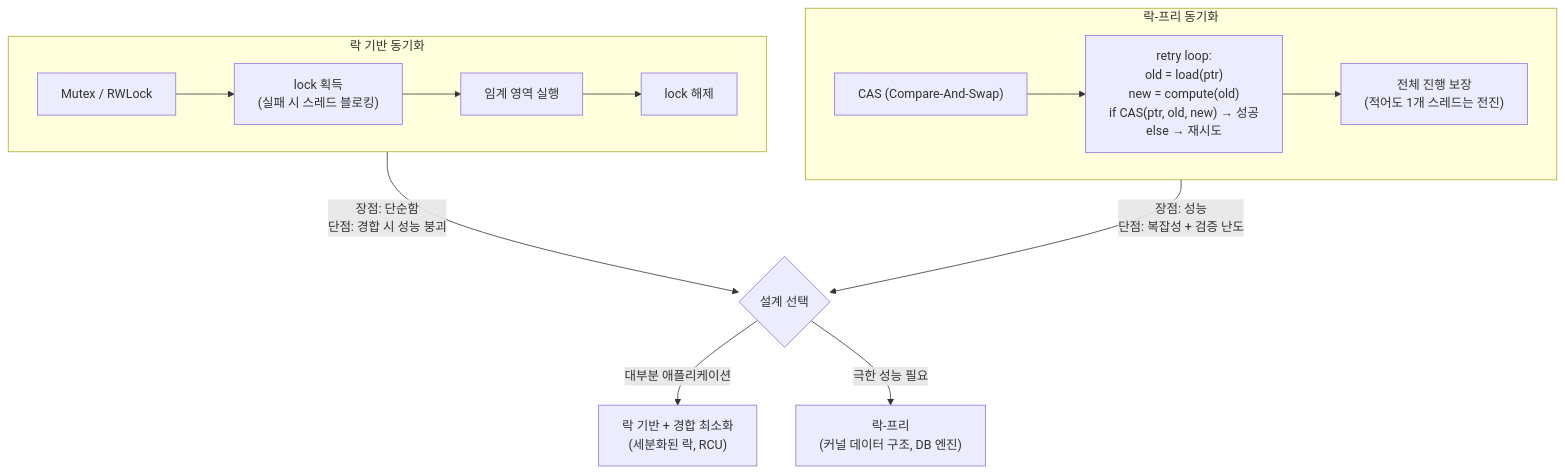
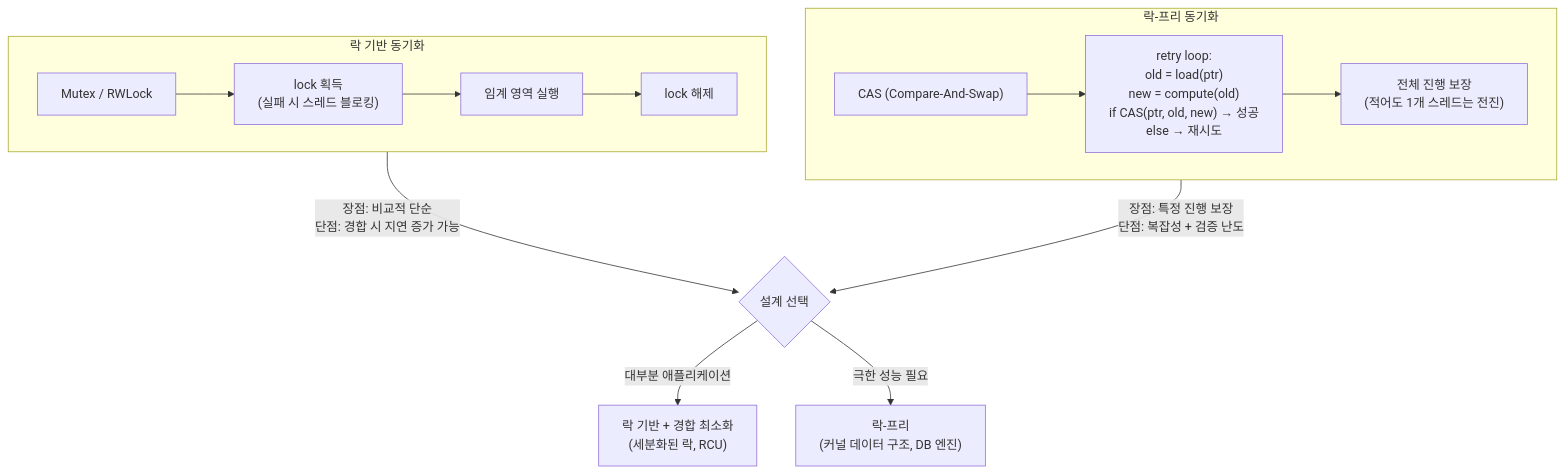
One commit to choisimo/document changed diagram 16 of 18 in content/docs/books/cs-reference/ko/systems-programming-internals.md. Above: the diagram before and after it, drawn with Mermaid. The commit also changed other lines of this file and 504 other files, not shown here.

````diff
--- a/content/docs/books/cs-reference/ko/systems-programming-internals.md
+++ b/content/docs/books/cs-reference/ko/systems-programming-internals.md
@@ -360,22 +372,22 @@
 ```mermaid
 flowchart TD
     subgraph LOCK["락 기반 동기화"]
         MUTEX["Mutex / RWLock"]
         ACQUIRE["lock 획득\n(실패 시 스레드 블로킹)"]
         CRITICAL["임계 영역 실행"]
         RELEASE["lock 해제"]
         MUTEX --> ACQUIRE --> CRITICAL --> RELEASE
     end
 
     subgraph LOCKFREE["락-프리 동기화"]
         CAS["CAS (Compare-And-Swap)"]
         LOOP["retry loop:\n  old = load(ptr)\n  new = compute(old)\n  if CAS(ptr, old, new) → 성공\n  else → 재시도"]
         PROGRESS["전체 진행 보장\n(적어도 1개 스레드는 전진)"]
         CAS --> LOOP --> PROGRESS
     end
 
-    LOCK -->|"장점: 단순함\n단점: 경합 시 성능 붕괴"| CHOICE{"설계 선택"}
-    LOCKFREE -->|"장점: 성능\n단점: 복잡성 + 검증 난도"| CHOICE
+    LOCK -->|"장점: 비교적 단순\n단점: 경합 시 지연 증가 가능"| CHOICE{"설계 선택"}
+    LOCKFREE -->|"장점: 특정 진행 보장\n단점: 복잡성 + 검증 난도"| CHOICE
     CHOICE -->|"대부분 애플리케이션"| REC1["락 기반 + 경합 최소화\n(세분화된 락, RCU)"]
     CHOICE -->|"극한 성능 필요"| REC2["락-프리\n(커널 데이터 구조, DB 엔진)"]
 ```
````
